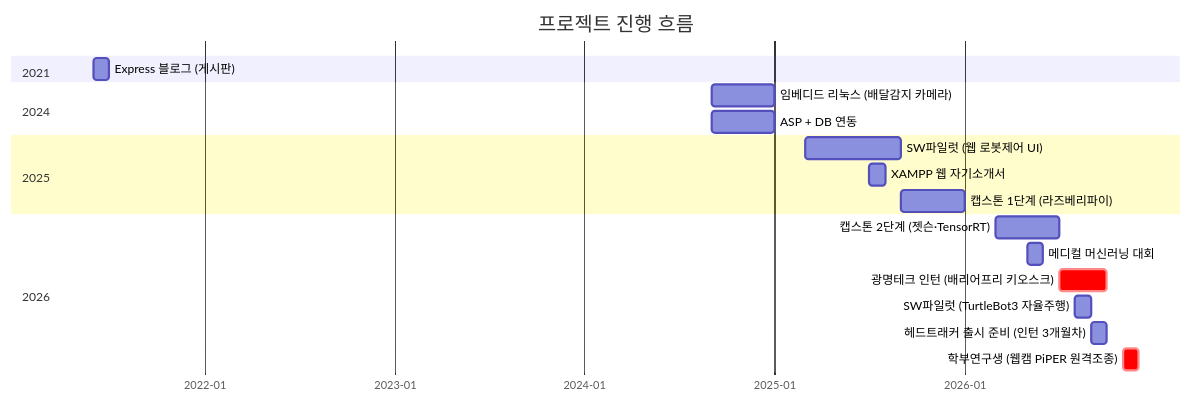
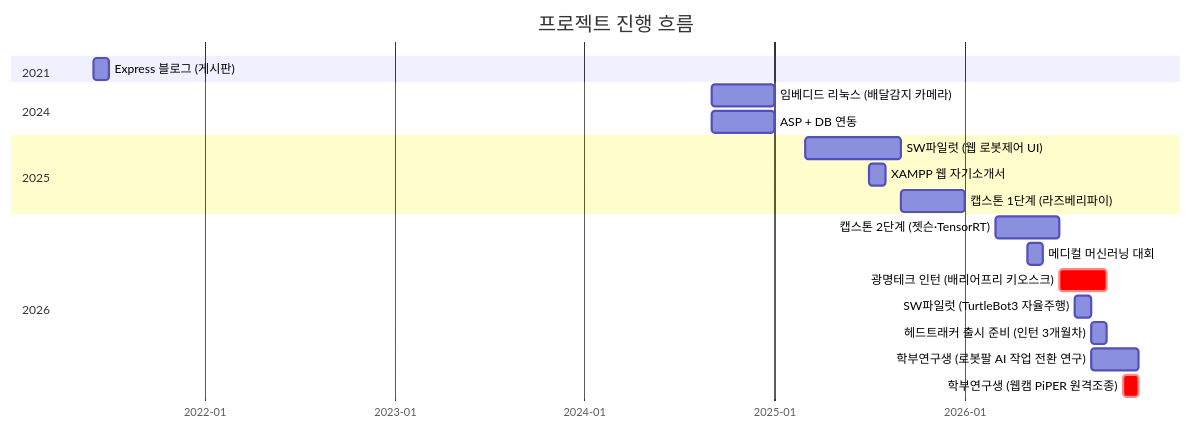
One commit to kakabab12/My_portfolio changed the first of 3 diagrams in README.md. Above: the diagram before and after it, drawn with Mermaid. The commit also changed other lines of this file and 4 other files, not shown here.

````diff
--- a/README.md
+++ b/README.md
@@ -182,26 +198,27 @@
 ```mermaid
 gantt
     title 프로젝트 진행 흐름
     dateFormat YYYY-MM
     axisFormat %Y-%m
 
     section 2021
     Express 블로그 (게시판)            :2021-06, 1M
 
     section 2024
     임베디드 리눅스 (배달감지 카메라)   :2024-09, 4M
     ASP + DB 연동                      :2024-09, 4M
 
     section 2025
     SW파일럿 (웹 로봇제어 UI)          :2025-03, 6M
     XAMPP 웹 자기소개서                 :2025-07, 1M
     캡스톤 1단계 (라즈베리파이)          :2025-09, 4M
 
     section 2026
     캡스톤 2단계 (젯슨·TensorRT)        :2026-03, 4M
     메디컬 머신러닝 대회                :2026-05, 1M
     광명테크 인턴 (배리어프리 키오스크) :crit, 2026-07, 3M
     SW파일럿 (TurtleBot3 자율주행)     :2026-08, 1M
     헤드트래커 출시 준비 (인턴 3개월차) :2026-09, 1M
+    학부연구생 (로봇팔 AI 작업 전환 연구) :2026-09, 3M
     학부연구생 (웹캠 PiPER 원격조종)   :crit, 2026-11, 1M
 ```
````
